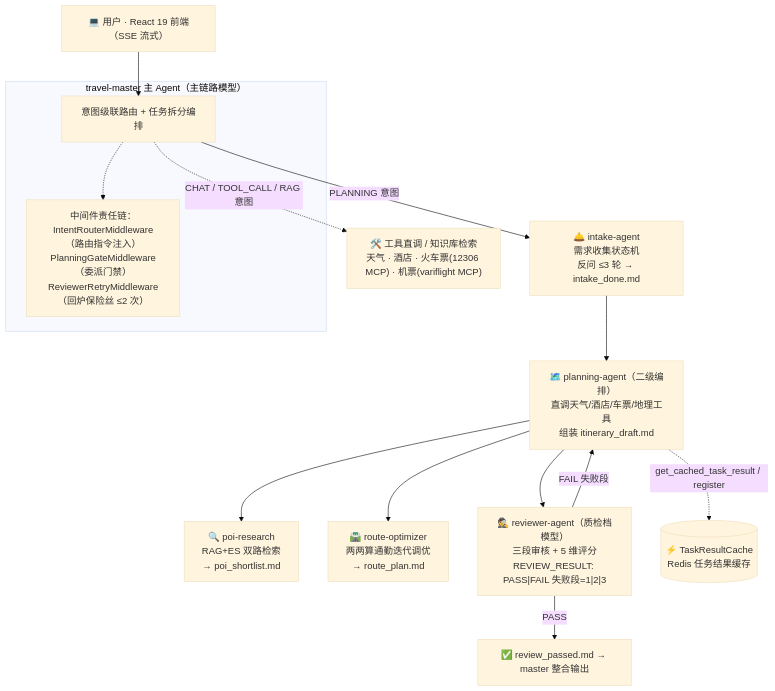
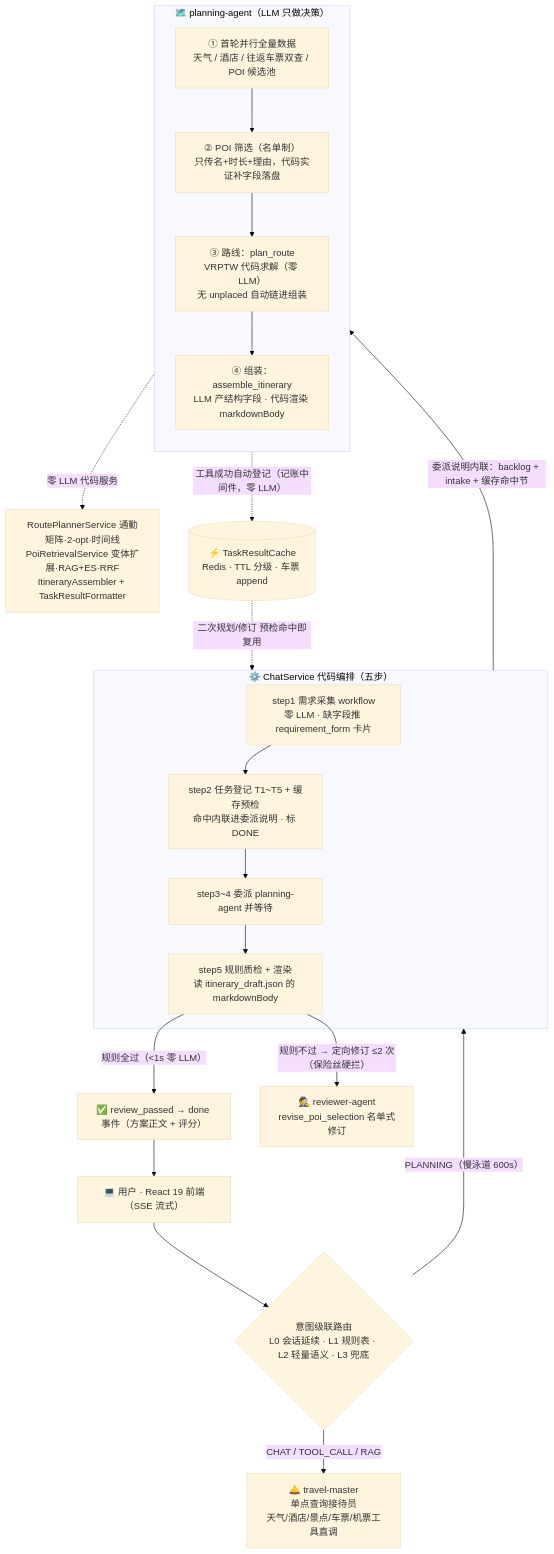
Before and after one commit to Kilsme/TravelScope: the diagram in README.md, drawn with Mermaid (base theme). The commit also changed other lines of this file and 2 other files, not shown here.

````diff
--- a/README.md
+++ b/README.md
@@ -51,20 +52,36 @@
 ```mermaid
 flowchart TD
-    U["💻 用户 · React 19 前端（SSE 流式）"] --> M
+    U["💻 用户 · React 19 前端（SSE 流式）"] --> IR{"意图级联路由<br/>L0 会话延续 · L1 规则表 · L2 轻量语义 · L3 兜底"}
 
-    subgraph MAST ["travel-master 主 Agent（主链路模型）"]
-        M["意图级联路由 + 任务拆分编排"]
-        M -.-> MW["中间件责任链：<br/>IntentRouterMiddleware（路由指令注入）<br/>PlanningGateMiddleware（委派门禁）<br/>ReviewerRetryMiddleware（回炉保险丝 ≤2 次）"]
+    IR -->|"CHAT / TOOL_CALL / RAG"| M["🛎️ travel-master<br/>单点查询接待员<br/>天气/酒店/景点/车票/机票工具直调"]
+
+    IR -->|"PLANNING（慢泳道 600s）"| CS
+
+    subgraph CS ["⚙️ ChatService 代码编排（五步）"]
+        S1["step1 需求采集 workflow<br/>零 LLM · 缺字段推 requirement_form 卡片"]
+        S2["step2 任务登记 T1~T5 + 缓存预检<br/>命中内联进委派说明 · 标 DONE"]
+        S34["step3~4 委派 planning-agent 并等待"]
+        S5["step5 规则质检 + 渲染<br/>读 itinerary_draft.json 的 markdownBody"]
+        S1 --> S2 --> S34 --> S5
     end
 
-    M -->|PLANNING 意图| I["🛎️ intake-agent<br/>需求收集状态机<br/>反问 ≤3 轮 → intake_done.md"]
-    I --> P["🗺️ planning-agent（二级编排）<br/>直调天气/酒店/车票/地理工具<br/>组装 itinerary_draft.md"]
-    P --> POI["🔍 poi-research<br/>RAG+ES 双路检索<br/>→ poi_shortlist.md"]
-    P --> RT["🛣️ route-optimizer<br/>两两算通勤迭代调优<br/>→ route_plan.md"]
-    P --> RV["🕵️ reviewer-agent（质检档模型）<br/>三段审核 + 5 维评分<br/>REVIEW_RESULT: PASS|FAIL 失败段=1|2|3"]
-    RV -->|"FAIL 失败段"| P
-    RV -->|"PASS"| OUT["✅ review_passed.md → master 整合输出"]
+    subgraph PA ["🗺️ planning-agent（LLM 只做决策）"]
+        direction TB
+        P1["① 首轮并行全量数据<br/>天气 / 酒店 / 往返车票双查 / POI 候选池"]
+        P2["② POI 筛选（名单制）<br/>只传名+时长+理由，代码实证补字段落盘"]
+        P3["③ 路线：plan_route<br/>VRPTW 代码求解（零 LLM）<br/>无 unplaced 自动链进组装"]
+        P4["④ 组装：assemble_itinerary<br/>LLM 产结构字段 · 代码渲染 markdownBody"]
+        P1 --> P2 --> P3 --> P4
+    end
 
-    P -.->|get_cached_task_result / register| C[("⚡ TaskResultCache<br/>Redis 任务结果缓存")]
-    M -.->|CHAT / TOOL_CALL / RAG 意图| T["🛠️ 工具直调 / 知识库检索<br/>天气 · 酒店 · 火车票(12306 MCP) · 机票(variflight MCP)"]
+    CS -->|"委派说明内联：backlog + intake + 缓存命中节"| PA
+
+    PA -.->|"零 LLM 代码服务"| SVC["RoutePlannerService 通勤矩阵·2-opt·时间线<br/>PoiRetrievalService 变体扩展·RAG+ES·RRF<br/>ItineraryAssembler + TaskResultFormatter"]
+    PA -.->|"工具成功自动登记（记账中间件，零 LLM）"| TC[("⚡ TaskResultCache<br/>Redis · TTL 分级 · 车票 append")]
+    TC -.->|"二次规划/修订 预检命中即复用"| CS
+
+    S5 -->|"规则全过（<1s 零 LLM）"| OUT["✅ review_passed → done 事件（方案正文 + 评分）"]
+    S5 -->|"规则不过 → 定向修订 ≤2 次（保险丝硬拦）"| RV["🕵️ reviewer-agent<br/>revise_poi_selection 名单式修订"]
+
+    OUT --> U
 ```
````
